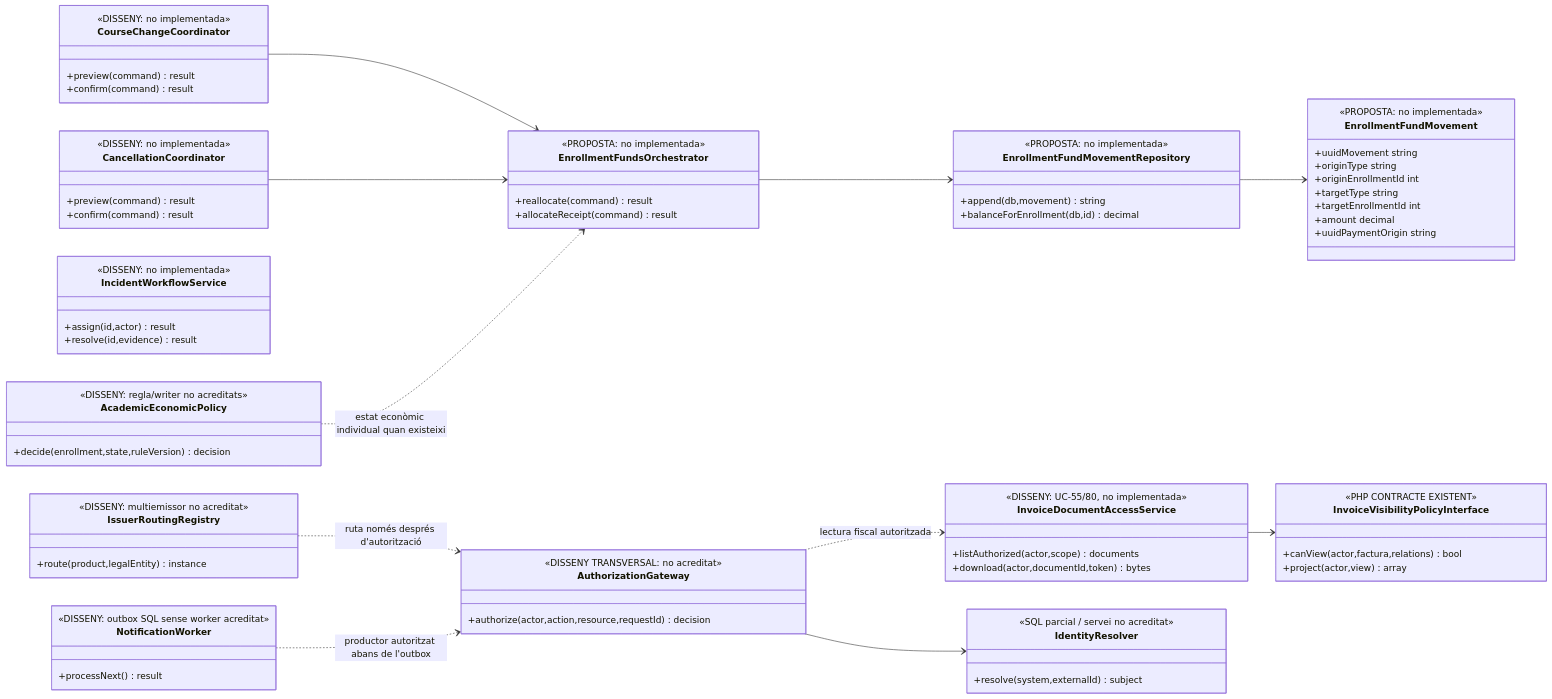
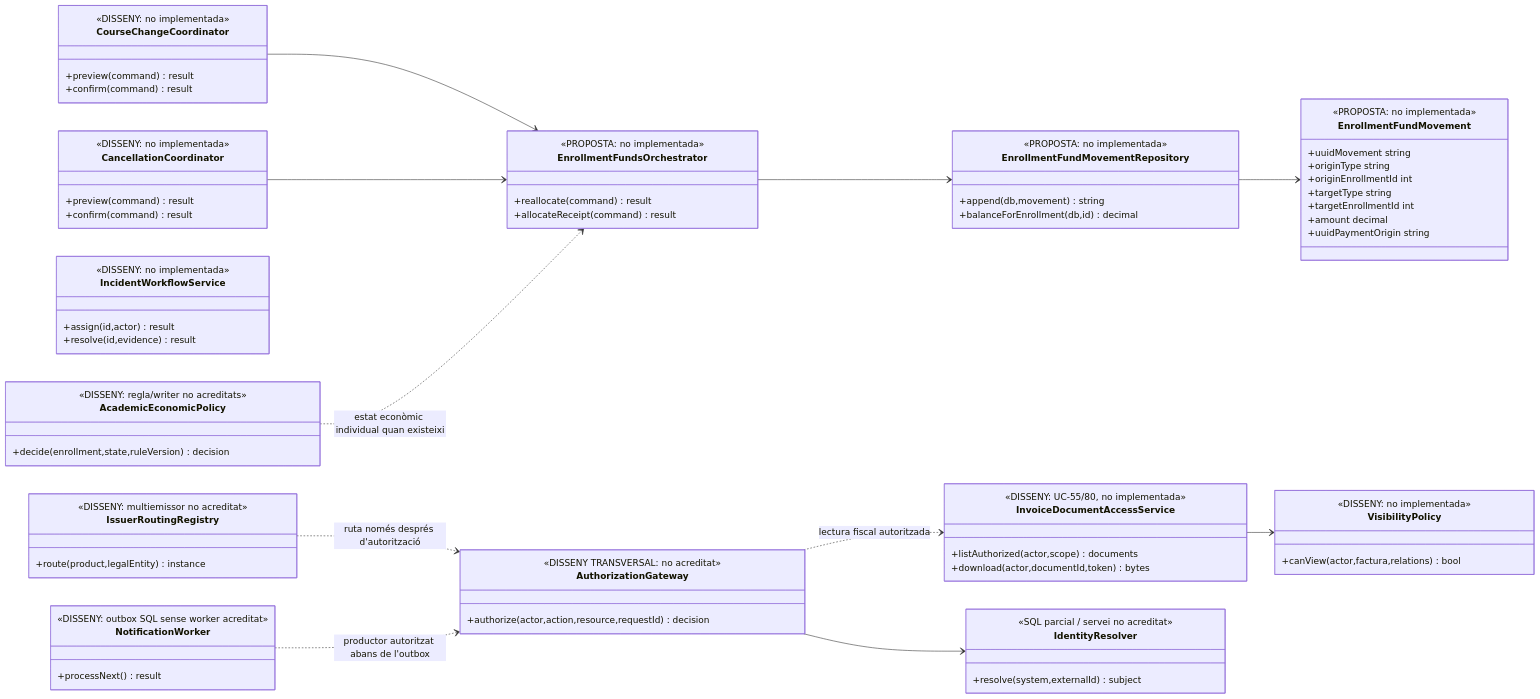
Diagram 16 of 27 in documentacio/07-uml-integrat/00-model-classes-general.md (orgmeriemprismacat-del/verifactu), drawn with Mermaid before and after one commit. The commit also changed other lines of this file and 131 other files, not shown here.

````diff
--- a/documentacio/07-uml-integrat/00-model-classes-general.md
+++ b/documentacio/07-uml-integrat/00-model-classes-general.md
@@ -805,79 +763,78 @@
 ```mermaid
 classDiagram
 direction LR
 class EnrollmentFundMovement {
  <<PROPOSTA: no implementada>>
  +uuidMovement string
  +originType string
  +originEnrollmentId int
  +targetType string
  +targetEnrollmentId int
  +amount decimal
  +uuidPaymentOrigin string
 }
 class EnrollmentFundMovementRepository {
  <<PROPOSTA: no implementada>>
  +append(db,movement) string
  +balanceForEnrollment(db,id) decimal
 }
 class EnrollmentFundsOrchestrator {
  <<PROPOSTA: no implementada>>
  +reallocate(command) result
  +allocateReceipt(command) result
 }
 class CourseChangeCoordinator {
  <<DISSENY: no implementada>>
  +preview(command) result
  +confirm(command) result
 }
 class CancellationCoordinator {
  <<DISSENY: no implementada>>
  +preview(command) result
  +confirm(command) result
 }
-class InvoiceVisibilityPolicyInterface {
- <<PHP CONTRACTE EXISTENT>>
+class VisibilityPolicy {
+ <<DISSENY: no implementada>>
  +canView(actor,factura,relations) bool
- +project(actor,view) array
 }
 class InvoiceDocumentAccessService {
  <<DISSENY: UC-55/80, no implementada>>
  +listAuthorized(actor,scope) documents
  +download(actor,documentId,token) bytes
 }
 class IncidentWorkflowService {
  <<DISSENY: no implementada>>
  +assign(id,actor) result
  +resolve(id,evidence) result
 }
 class AuthorizationGateway {
  <<DISSENY TRANSVERSAL: no acreditat>>
  +authorize(actor,action,resource,requestId) decision
 }
 class IdentityResolver {
  <<SQL parcial / servei no acreditat>>
  +resolve(system,externalId) subject
 }
 class IssuerRoutingRegistry {
  <<DISSENY: multiemissor no acreditat>>
  +route(product,legalEntity) instance
 }
 class NotificationWorker {
  <<DISSENY: outbox SQL sense worker acreditat>>
  +processNext() result
 }
 class AcademicEconomicPolicy {
  <<DISSENY: regla/writer no acreditats>>
  +decide(enrollment,state,ruleVersion) decision
 }
 CourseChangeCoordinator --> EnrollmentFundsOrchestrator
 CancellationCoordinator --> EnrollmentFundsOrchestrator
 EnrollmentFundsOrchestrator --> EnrollmentFundMovementRepository
 EnrollmentFundMovementRepository --> EnrollmentFundMovement
-InvoiceDocumentAccessService --> InvoiceVisibilityPolicyInterface
+InvoiceDocumentAccessService --> VisibilityPolicy
 AuthorizationGateway --> IdentityResolver
 AuthorizationGateway ..> InvoiceDocumentAccessService : lectura fiscal autoritzada
 IssuerRoutingRegistry ..> AuthorizationGateway : ruta només després d'autorització
 NotificationWorker ..> AuthorizationGateway : productor autoritzat abans de l'outbox
 AcademicEconomicPolicy ..> EnrollmentFundsOrchestrator : estat econòmic individual quan existeixi
 ```
````
